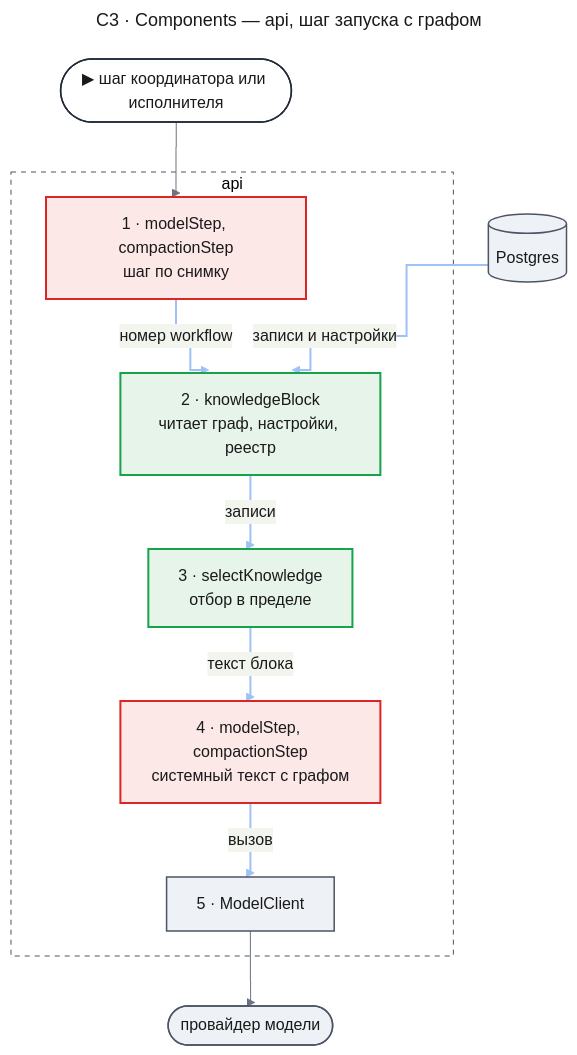
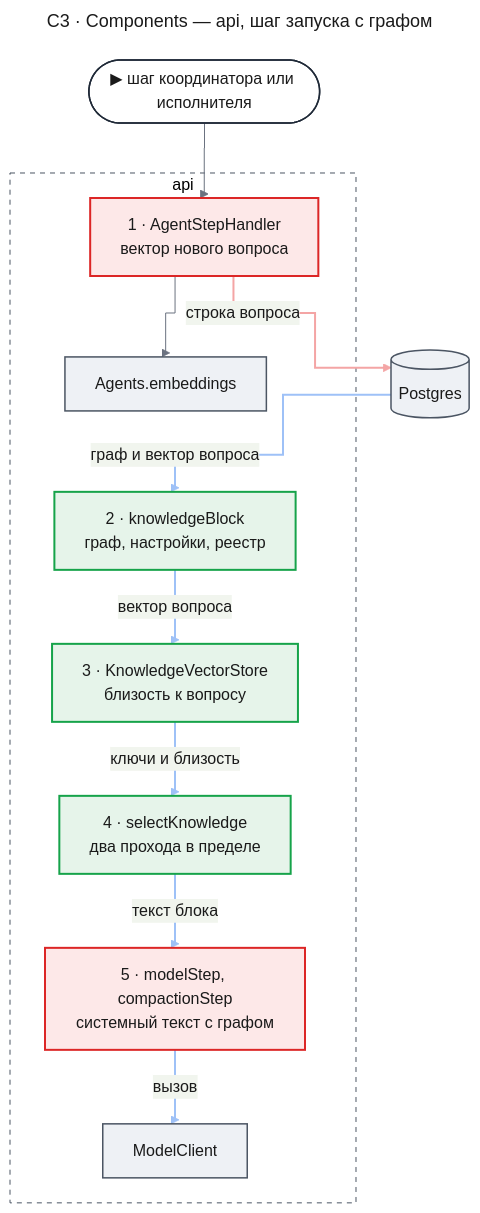
One commit to tundraray/agent-os changed the third of 11 diagrams in docs/features/self-learning/design-core.md. Above: the diagram before and after it, drawn with Mermaid. The commit also changed other lines of this file, not shown here.

Commit message:
docs(self-learning): add vector store, embeddings and selection by meaning to the core design

````diff
--- a/docs/features/self-learning/design-core.md
+++ b/docs/features/self-learning/design-core.md
@@ -319,55 +367,60 @@
 ```mermaid
 ---
 title: "C3 · Components — api, шаг запуска с графом"
 config:
   theme: base
   look: classic
   themeVariables:
     primaryColor: "#eef1f5"
     primaryBorderColor: "#4b5563"
     primaryTextColor: "#1a1a1a"
     lineColor: "#6b7280"
   flowchart:
     curve: step
   themeCSS: |
-    @keyframes litr_c3st{0%,18%{stroke:#1d4ed8;stroke-width:6px}20%,100%{stroke:#9ec1f7;stroke-width:2px}}
+    @keyframes lit_c3st{0%,15%{stroke:#991b1b;stroke-width:6px}16.67%,100%{stroke:#f4a5a5;stroke-width:2px}}
+    @keyframes litr_c3st{0%,15%{stroke:#1d4ed8;stroke-width:6px}16.67%,100%{stroke:#9ec1f7;stroke-width:2px}}
 ---
 flowchart TB
     entry(["▶ шаг координатора или исполнителя"])
     subgraph apibox["api"]
-        step["1 · modelStep, compactionStep<br/>шаг по снимку"]
-        block["2 · knowledgeBlock<br/>читает граф, настройки, реестр"]
-        select["3 · selectKnowledge<br/>отбор в пределе"]
-        stepback["4 · modelStep, compactionStep<br/>системный текст с графом"]
-        client["5 · ModelClient"]
+        handler["1 · AgentStepHandler<br/>вектор нового вопроса"]
+        block["2 · knowledgeBlock<br/>граф, настройки, реестр"]
+        store["3 · KnowledgeVectorStore<br/>близость к вопросу"]
+        select["4 · selectKnowledge<br/>два прохода в пределе"]
+        stepback["5 · modelStep, compactionStep<br/>системный текст с графом"]
+        emb["Agents.embeddings"]
+        client["ModelClient"]
     end
     pg[("Postgres")]
-    llm(["провайдер модели"])
-    entry --> step
-    step e1@-->|"номер workflow"| block
-    pg e2@-->|"записи и настройки"| block
-    block e3@-->|"записи"| select
-    select e4@-->|"текст блока"| stepback
-    stepback e5@-->|"вызов"| client
-    client --> llm
+    entry --> handler
+    handler e1@-->|"строка вопроса"| pg
+    pg e2@-->|"граф и вектор вопроса"| block
+    block e3@-->|"вектор вопроса"| store
+    store e4@-->|"ключи и близость"| select
+    select e5@-->|"текст блока"| stepback
+    stepback e6@-->|"вызов"| client
+    handler --> emb
     classDef entry fill:#ffffff,stroke:#1f2937,stroke-width:1.5px,color:#1a1a1a
     classDef changed fill:#fde8e8,stroke:#dc2626,stroke-width:2px,color:#1a1a1a
     classDef new fill:#e6f4ea,stroke:#16a34a,stroke-width:2px,color:#1a1a1a
     classDef unchanged fill:#eef1f5,stroke:#4b5563,stroke-width:1.5px,color:#1a1a1a
     classDef boundary fill:none,stroke:#4b5563,stroke-width:1px,stroke-dasharray:5 5
-    classDef r1 stroke:#9ec1f7,stroke-width:2px,animation:litr_c3st 6s linear 0s infinite
-    classDef r2 stroke:#9ec1f7,stroke-width:2px,animation:litr_c3st 6s linear 1.2s infinite
-    classDef r3 stroke:#9ec1f7,stroke-width:2px,animation:litr_c3st 6s linear 2.4s infinite
-    classDef r4 stroke:#9ec1f7,stroke-width:2px,animation:litr_c3st 6s linear 3.6s infinite
-    classDef r5 stroke:#9ec1f7,stroke-width:2px,animation:litr_c3st 6s linear 4.8s infinite
+    classDef w1 stroke:#f4a5a5,stroke-width:2px,animation:lit_c3st 7.2s linear 0s infinite
+    classDef r2 stroke:#9ec1f7,stroke-width:2px,animation:litr_c3st 7.2s linear 1.2s infinite
+    classDef r3 stroke:#9ec1f7,stroke-width:2px,animation:litr_c3st 7.2s linear 2.4s infinite
+    classDef r4 stroke:#9ec1f7,stroke-width:2px,animation:litr_c3st 7.2s linear 3.6s infinite
+    classDef r5 stroke:#9ec1f7,stroke-width:2px,animation:litr_c3st 7.2s linear 4.8s infinite
+    classDef r6 stroke:#9ec1f7,stroke-width:2px,animation:litr_c3st 7.2s linear 6s infinite
     class entry entry
-    class step,stepback changed
-    class block,select new
-    class client,pg,llm unchanged
+    class handler,stepback changed
+    class block,store,select new
+    class emb,client,pg unchanged
     class apibox boundary
-    class e1 r1
+    class e1 w1
     class e2 r2
     class e3 r3
     class e4 r4
     class e5 r5
+    class e6 r6
 ```
````
